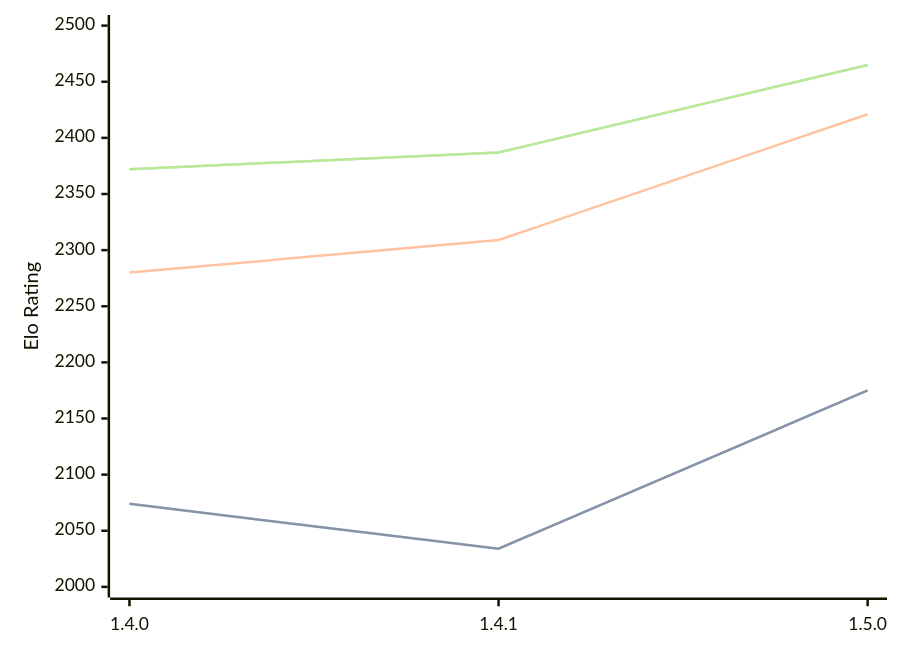
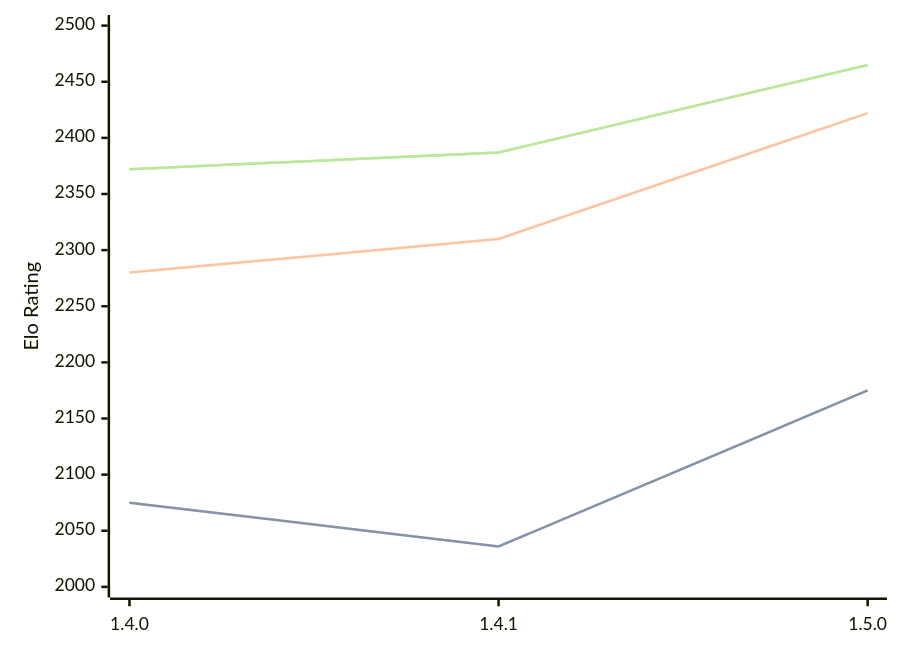
Before and after one commit to computer-chess-index/cci: the diagram in engines/Tofiks.md, drawn with Mermaid. The commit also changed other lines of this file, not shown here.

````diff
--- a/engines/Tofiks.md
+++ b/engines/Tofiks.md
@@ -33,11 +33,11 @@
 ```mermaid
 %%{init: {"theme":"base","themeVariables":{"seriesColors:['#a3a3a3','#222221','#faa371']}}}%%
 xychart-beta
   x-axis ["1.4.0", "1.4.1", "1.5.0"]
   y-axis "Elo Rating" 2000 --> 2500
-  line "STC (8.0+0.08s)" [2074, 2034, 2175]
-  line "STC (8.0+0.08s)" [2074, 2034, 2175]
-  line "LTC (60.0+0.60s)" [2280, 2309, 2421]
+  line "STC (8.0+0.08s)" [2075, 2036, 2175]
+  line "STC (8.0+0.08s)" [2075, 2036, 2175]
+  line "LTC (60.0+0.60s)" [2280, 2310, 2422]
   line "VLTC (2m24s+1.12s)" [2372, 2387, 2465]
   line "VLTC (2m24s+1.12s)" [2372, 2387, 2465]
 ```
````
